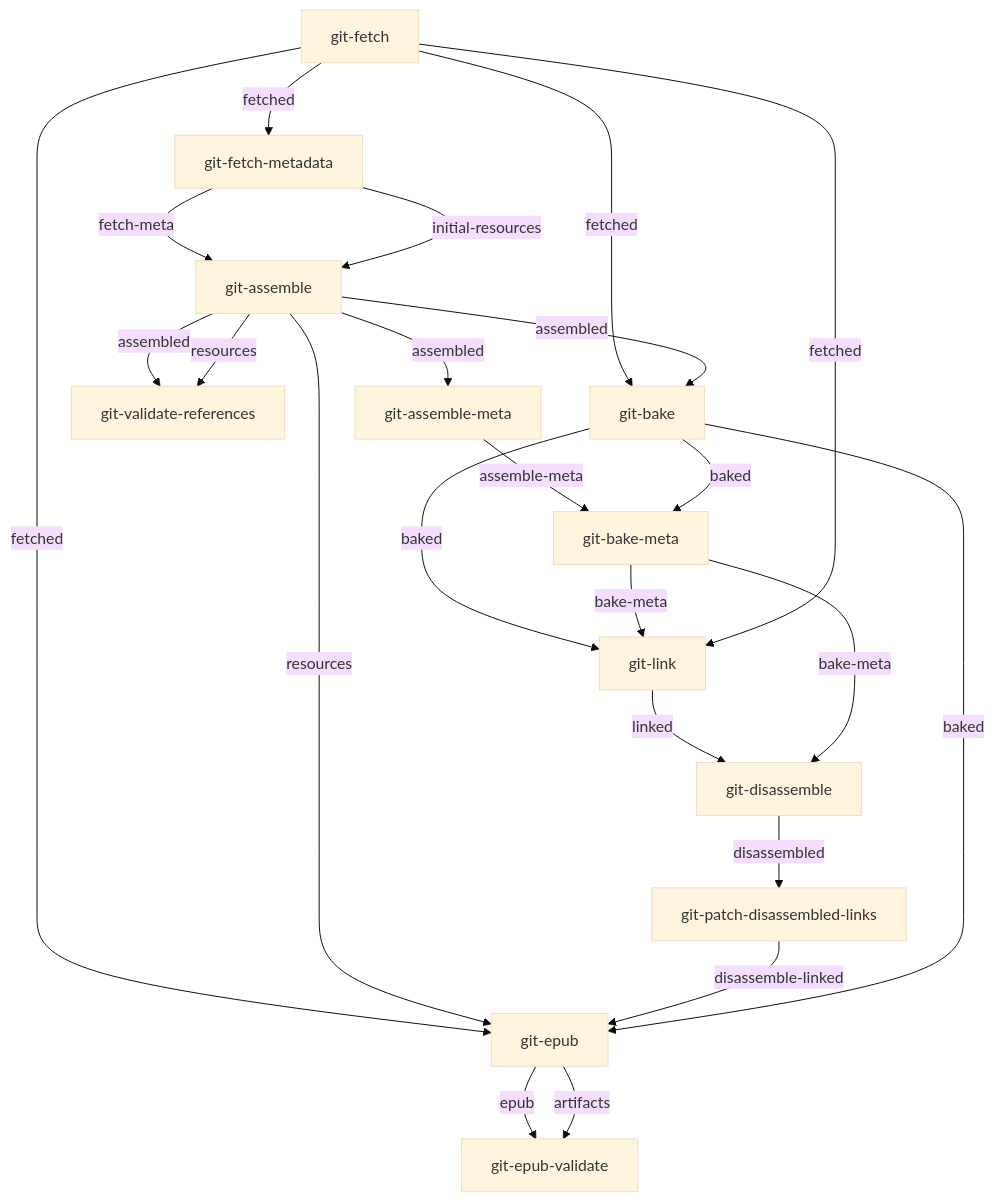
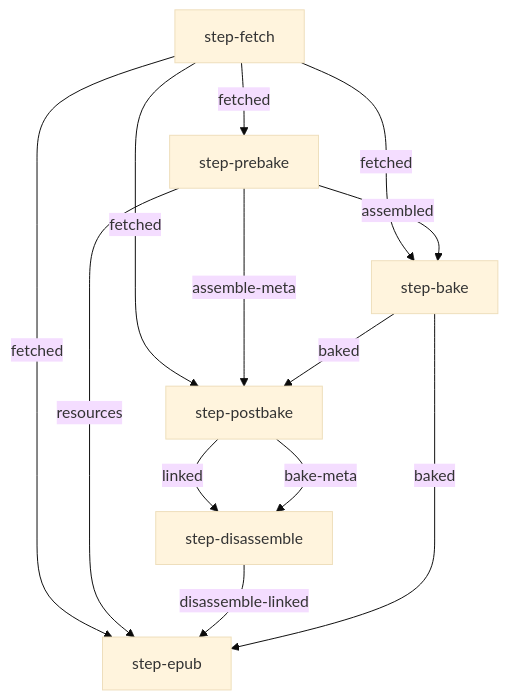
One commit to openstax/enki changed the third of 4 diagrams in build-concourse/graphs/README.md. Above: the diagram before and after it, drawn with Mermaid (base theme). The commit also changed other lines of this file and 33 other files, not shown here.

````diff
--- a/build-concourse/graphs/README.md
+++ b/build-concourse/graphs/README.md
@@ -70,25 +49,15 @@
 ```mermaid
 graph TB
-    git-fetch -- fetched --> git-fetch-metadata
-    git-fetch-metadata -- fetch-meta --> git-assemble
-    git-fetch-metadata -- initial-resources --> git-assemble
-    git-assemble -- assembled --> git-assemble-meta
-    git-assemble -- assembled --> git-validate-references
-    git-assemble -- resources --> git-validate-references
-    git-fetch -- fetched --> git-bake
-    git-assemble -- assembled --> git-bake
-    git-assemble-meta -- assemble-meta --> git-bake-meta
-    git-bake -- baked --> git-bake-meta
-    git-bake -- baked --> git-link
-    git-bake-meta -- bake-meta --> git-link
-    git-fetch -- fetched --> git-link
-    git-link -- linked --> git-disassemble
-    git-bake-meta -- bake-meta --> git-disassemble
-    git-disassemble -- disassembled --> git-patch-disassembled-links
-    git-fetch -- fetched --> git-epub
-    git-assemble -- resources --> git-epub
-    git-patch-disassembled-links -- disassemble-linked --> git-epub
-    git-bake -- baked --> git-epub
-    git-epub -- epub --> git-epub-validate
-    git-epub -- artifacts --> git-epub-validate
+    step-fetch -- fetched --> step-prebake
+    step-fetch -- fetched --> step-bake
+    step-prebake -- assembled --> step-bake
+    step-fetch -- fetched --> step-postbake
+    step-prebake -- assemble-meta --> step-postbake
+    step-bake -- baked --> step-postbake
+    step-postbake -- linked --> step-disassemble
+    step-postbake -- bake-meta --> step-disassemble
+    step-fetch -- fetched --> step-epub
+    step-prebake -- resources --> step-epub
+    step-disassemble -- disassemble-linked --> step-epub
+    step-bake -- baked --> step-epub
 ```
````
